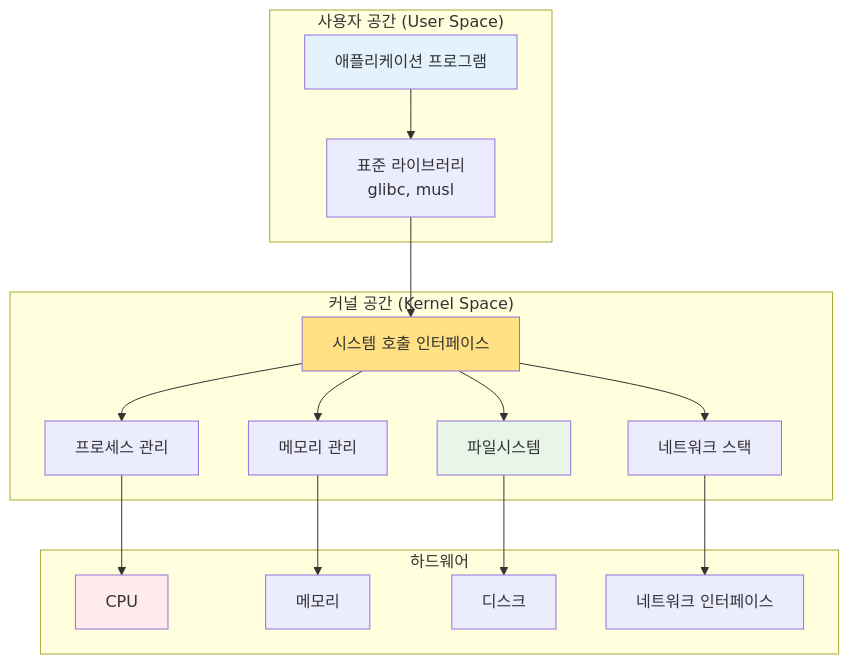
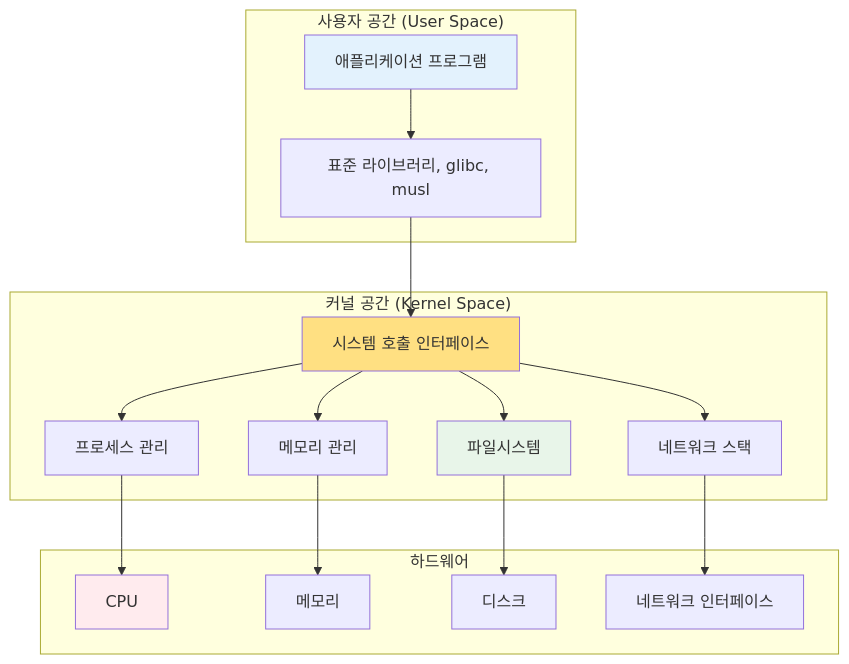
Before and after one commit to choru-k/choru-wiki: the first of 5 diagrams in docs/cs/guide/chapter-10-syscall-kernel/01-system-call-basics.md, drawn with Mermaid. The commit also changed other lines of this file and 15 other files, not shown here.

````diff
--- a/docs/cs/guide/chapter-10-syscall-kernel/01-system-call-basics.md
+++ b/docs/cs/guide/chapter-10-syscall-kernel/01-system-call-basics.md
@@ -26,39 +26,39 @@
 ```mermaid
 graph TB
     subgraph "사용자 공간 (User Space)"
         APP[애플리케이션 프로그램]
-        LIB[표준 라이브러리<br/>glibc, musl]
+        LIB[표준 라이브러리, glibc, musl]
     end
     
     subgraph "커널 공간 (Kernel Space)"
         SYSCALL[시스템 호출 인터페이스]
         FS[파일시스템]
         NET[네트워크 스택]
         MEM[메모리 관리]
         PROC[프로세스 관리]
     end
     
     subgraph "하드웨어"
         CPU[CPU]
         RAM[메모리]
         DISK[디스크]
         NIC[네트워크 인터페이스]
     end
     
     APP --> LIB
     LIB --> SYSCALL
     SYSCALL --> FS
     SYSCALL --> NET
     SYSCALL --> MEM
     SYSCALL --> PROC
     
     FS --> DISK
     NET --> NIC
     MEM --> RAM
     PROC --> CPU
     
     style APP fill:#E3F2FD
     style SYSCALL fill:#FFE082
     style FS fill:#E8F5E9
     style CPU fill:#FFEBEE
 ```
````
